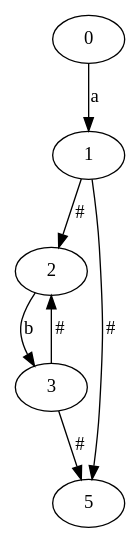
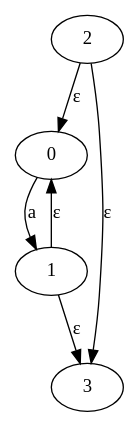
The diagram in src/output.dot (HH-LG/simple-expression-and-variables-praser-for-yacc), drawn with Graphviz before and after one commit. The commit also changed 3 other files, not shown here.

```diff
--- a/src/output.dot
+++ b/src/output.dot
@@ -1,8 +1,7 @@
 digraph G {
+	2 -> 0 [label="ε"];
+	2 -> 3 [label="ε"];
 	0 -> 1 [label="a"];
-	1 -> 2 [label="#"];
-	1 -> 5 [label="#"];
-	2 -> 3 [label="b"];
-	3 -> 2 [label="#"];
-	3 -> 5 [label="#"];
+	1 -> 0 [label="ε"];
+	1 -> 3 [label="ε"];
 }
```
